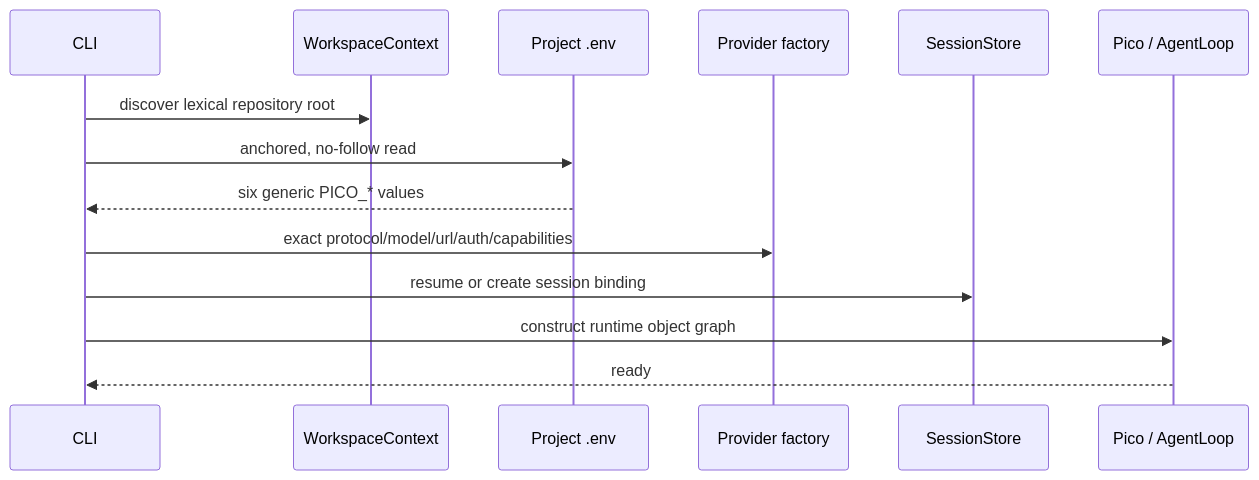
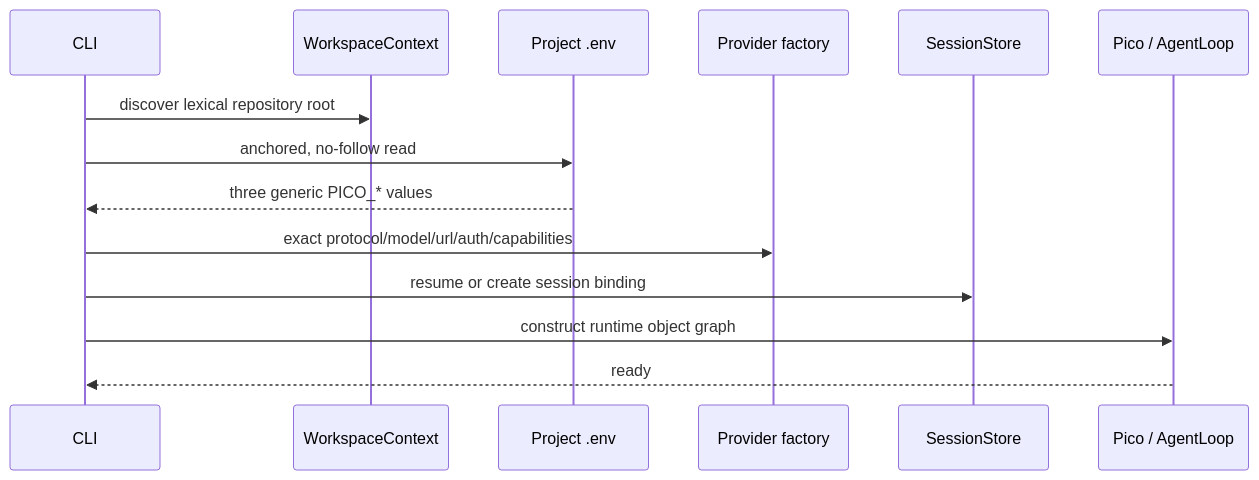
The second of 5 diagrams in docs/architecture.md (xiawiie/pony-code), drawn with Mermaid before and after one commit. The commit also changed other lines of this file and 26 other files, not shown here.

````diff
--- a/docs/architecture.md
+++ b/docs/architecture.md
@@ -74,17 +74,17 @@
 ```mermaid
 sequenceDiagram
     participant C as CLI
     participant W as WorkspaceContext
     participant E as Project .env
     participant P as Provider factory
     participant S as SessionStore
     participant A as Pico / AgentLoop
 
     C->>W: discover lexical repository root
     C->>E: anchored, no-follow read
-    E-->>C: six generic PICO_* values
+    E-->>C: three generic PICO_* values
     C->>P: exact protocol/model/url/auth/capabilities
     C->>S: resume or create session binding
     C->>A: construct runtime object graph
     A-->>C: ready
 ```
````
